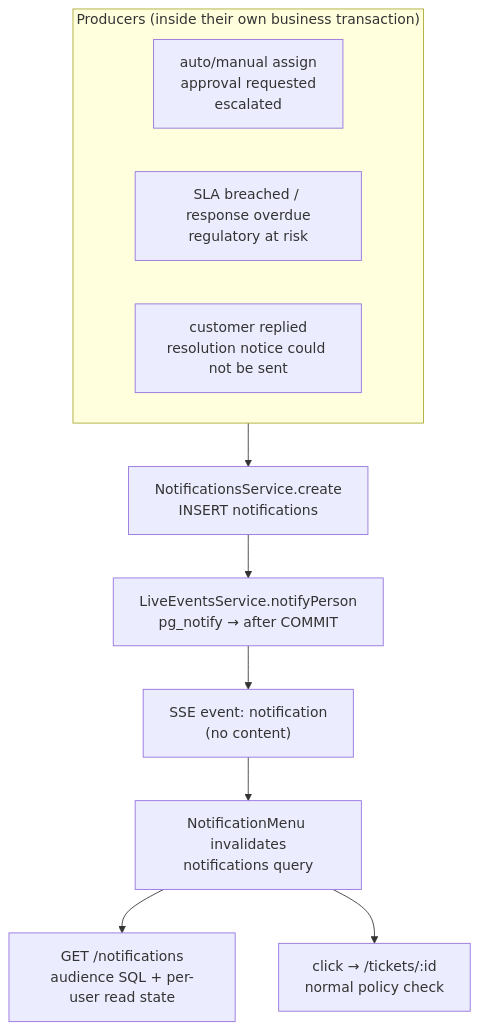
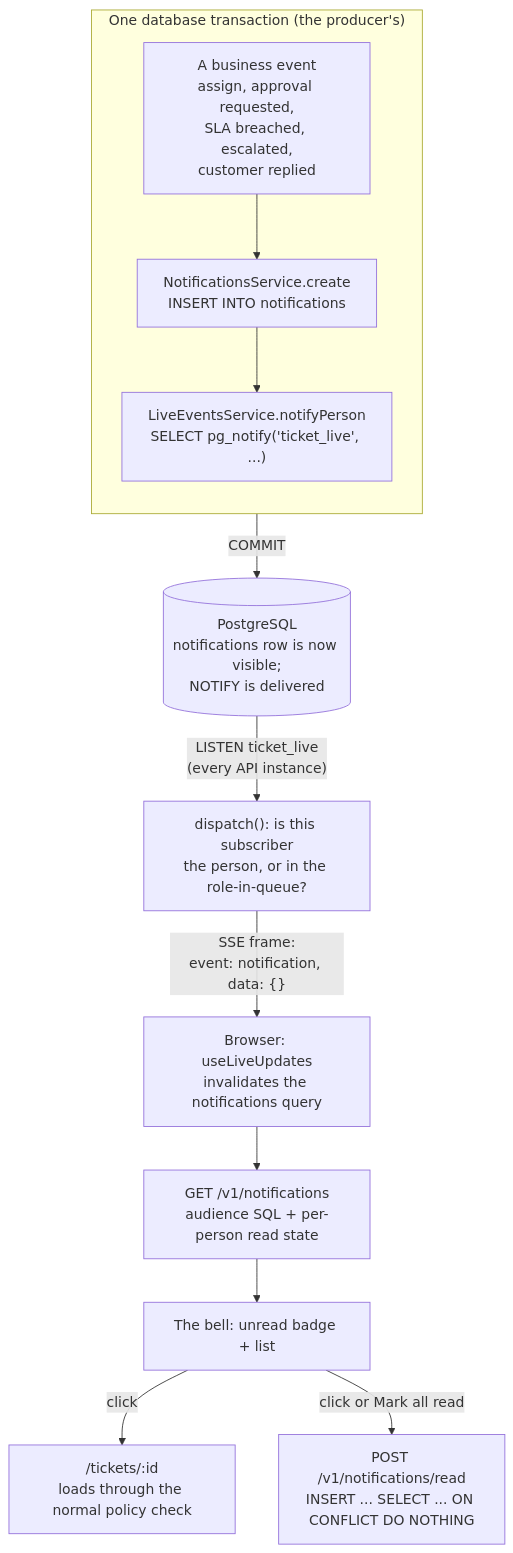
Before and after one commit to mky120799/Ticketing-System: the first of 2 diagrams in docs/notifications/README.md, drawn with Mermaid. The commit also changed other lines of this file and 29 other files, not shown here.

````diff
--- a/docs/notifications/README.md
+++ b/docs/notifications/README.md
@@ -10,15 +12,15 @@
 ```mermaid
 flowchart TB
-  subgraph Producers["Producers (inside their own business transaction)"]
-    direction LR
-    A["auto/manual assign<br/>approval requested<br/>escalated"]
-    C["SLA breached / response overdue<br/>regulatory at risk"]
-    F["customer replied<br/>resolution notice could not be sent"]
+  subgraph TX["One database transaction (the producer's)"]
+    direction TB
+    P["A business event<br/>assign, approval requested,<br/>SLA breached, escalated,<br/>customer replied"] --> C["NotificationsService.create<br/>INSERT INTO notifications"]
+    C --> N["LiveEventsService.notifyPerson<br/>SELECT pg_notify('ticket_live', ...)"]
   end
-  Producers --> NS["NotificationsService.create<br/>INSERT notifications"]
-  NS --> PN["LiveEventsService.notifyPerson<br/>pg_notify → after COMMIT"]
-  PN --> SSE["SSE event: notification<br/>(no content)"]
-  SSE --> UI["NotificationMenu invalidates<br/>notifications query"]
-  UI --> GET["GET /notifications<br/>audience SQL + per-user read state"]
-  UI --> OPEN["click → /tickets/:id<br/>normal policy check"]
+  TX -->|COMMIT| PG[("PostgreSQL<br/>notifications row is now visible;<br/>NOTIFY is delivered")]
+  PG -->|"LISTEN ticket_live<br/>(every API instance)"| D["dispatch(): is this subscriber<br/>the person, or in the role-in-queue?"]
+  D -->|"SSE frame:<br/>event: notification, data: {}"| B["Browser: useLiveUpdates<br/>invalidates the notifications query"]
+  B --> G["GET /v1/notifications<br/>audience SQL + per-person read state"]
+  G --> BELL["The bell: unread badge + list"]
+  BELL -->|click| T["/tickets/:id<br/>loads through the normal policy check"]
+  BELL -->|"click or Mark all read"| R["POST /v1/notifications/read<br/>INSERT ... SELECT ... ON CONFLICT DO NOTHING"]
 ```
````
